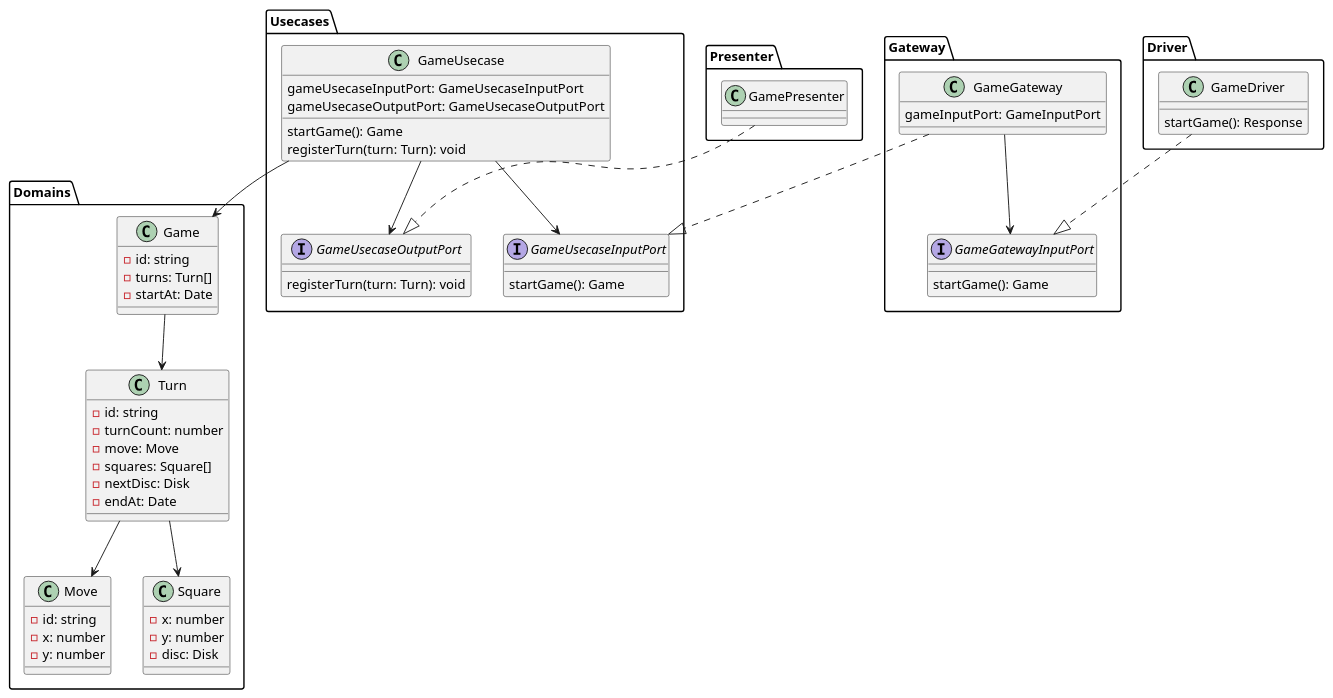
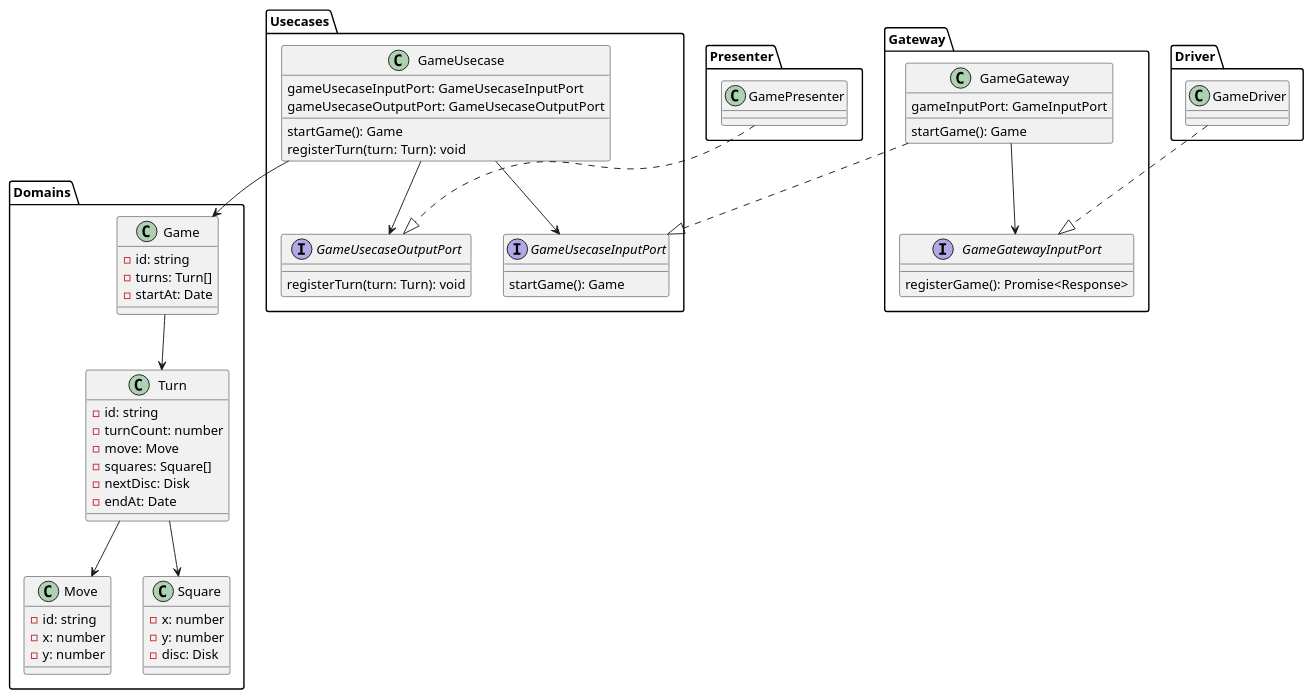
One commit to maaaashi/ReversiWithChatGPT changed the diagram in docs/ClassDiagram.pu. Above: the diagram before and after it, drawn with PlantUML. The commit also changed 11 other files, not shown here.

```diff
--- a/docs/ClassDiagram.pu
+++ b/docs/ClassDiagram.pu
@@ -1,85 +1,86 @@
 @startuml ClassDiagram
 
 package Domains {
   class Game {
     -id: string
     -turns: Turn[]
     -startAt: Date
   }
 
   class Turn {
     -id: string
     -turnCount: number
     -move: Move
     -squares: Square[]
     -nextDisc: Disk
     -endAt: Date
   }
 
   class Move {
     -id: string
     -x: number
     -y: number
   }
 
   class Square {
     -x: number
     -y: number
     -disc: Disk
   }
 
   Game --> Turn
   Turn --> Move
   Turn --> Square
 }
 
 package Usecases {
   class GameUsecase {
     gameUsecaseInputPort: GameUsecaseInputPort
     gameUsecaseOutputPort: GameUsecaseOutputPort
     startGame(): Game
     registerTurn(turn: Turn): void
   }
 
   interface GameUsecaseInputPort {
     startGame(): Game
   }
 
   interface GameUsecaseOutputPort {
     registerTurn(turn: Turn): void
   }
 
   GameUsecase --> Game
   GameUsecase --> GameUsecaseInputPort
   GameUsecase --> GameUsecaseOutputPort
 }
 
 package Gateway {
   class GameGateway {
     gameInputPort: GameInputPort
+    startGame(): Game
   }
 
   interface GameGatewayInputPort {
-    startGame(): Game
+    registerGame(): Promise<Response>
   }
 
   GameGateway --> GameGatewayInputPort
   GameGateway ..|> GameUsecaseInputPort
 }
 
 package Driver {
   class GameDriver {
-    startGame(): Response
   }
+
   GameDriver ..|> GameGatewayInputPort
 }
 
 package Presenter {
   class GamePresenter {
 
   }
 
   GamePresenter ..|> GameUsecaseOutputPort
 }
 
 @enduml
```
